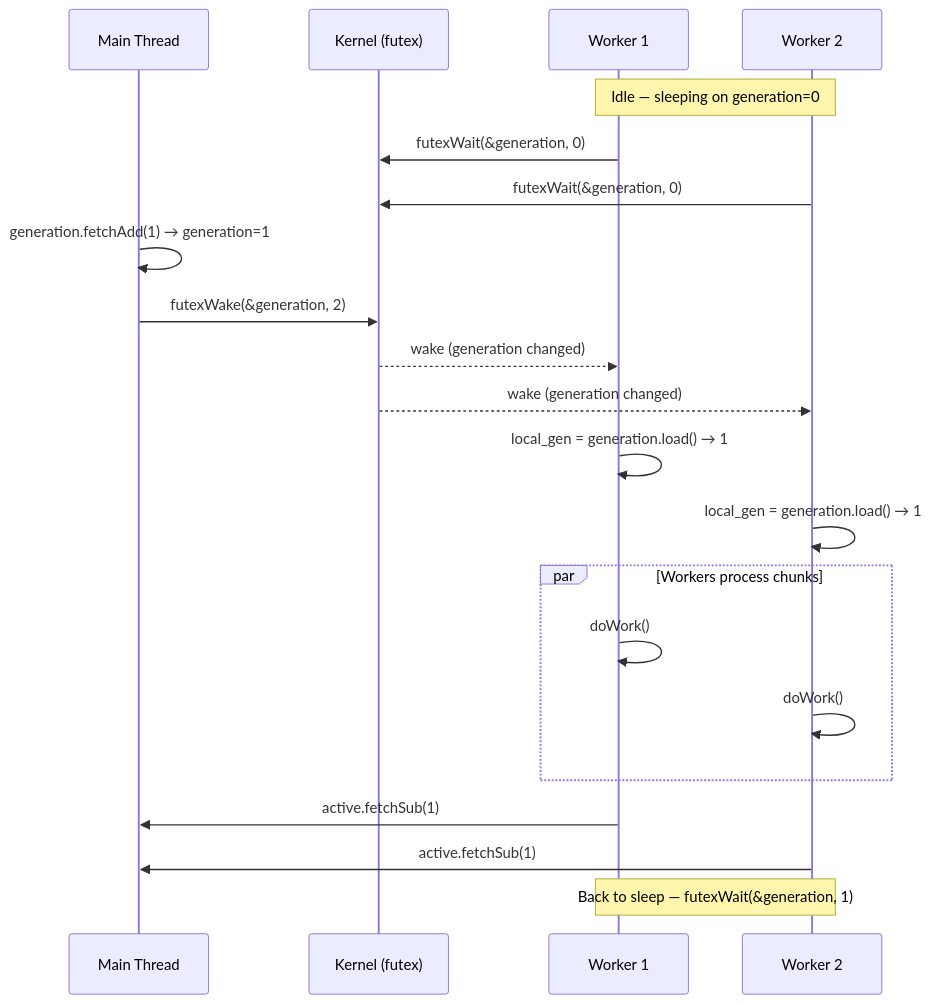
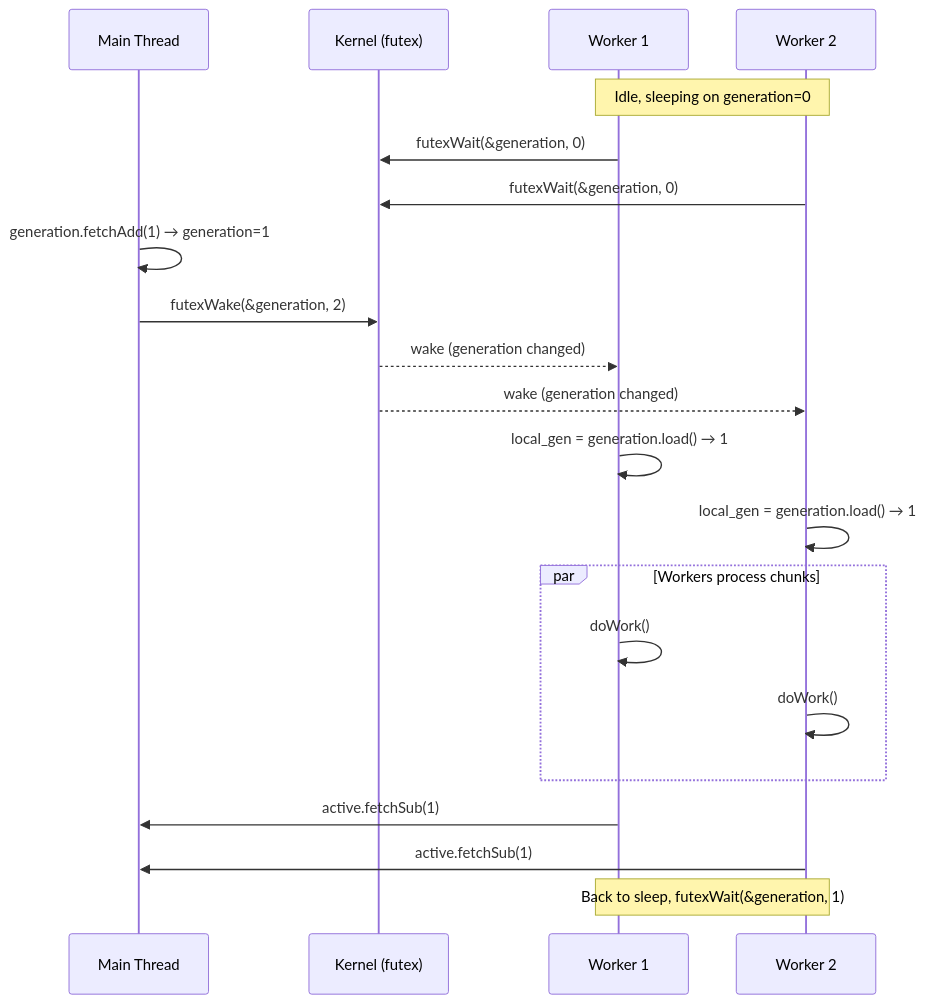
Before and after one commit to maci0/agave: the second of 8 diagrams in docs/tutorial/12-cpu-parallelism.md, drawn with Mermaid. The commit also changed other lines of this file and 196 other files, not shown here.

````diff
--- a/docs/tutorial/12-cpu-parallelism.md
+++ b/docs/tutorial/12-cpu-parallelism.md
@@ -67,28 +67,28 @@
 ```mermaid
 sequenceDiagram
     participant M as Main Thread
     participant K as Kernel (futex)
     participant W1 as Worker 1
     participant W2 as Worker 2
 
-    Note over W1,W2: Idle — sleeping on generation=0
+    Note over W1,W2: Idle, sleeping on generation=0
     W1->>K: futexWait(&generation, 0)
     W2->>K: futexWait(&generation, 0)
 
     M->>M: generation.fetchAdd(1) → generation=1
     M->>K: futexWake(&generation, 2)
     K-->>W1: wake (generation changed)
     K-->>W2: wake (generation changed)
 
     W1->>W1: local_gen = generation.load() → 1
     W2->>W2: local_gen = generation.load() → 1
 
     par Workers process chunks
         W1->>W1: doWork()
         W2->>W2: doWork()
     end
 
     W1->>M: active.fetchSub(1)
     W2->>M: active.fetchSub(1)
-    Note over W1,W2: Back to sleep — futexWait(&generation, 1)
+    Note over W1,W2: Back to sleep, futexWait(&generation, 1)
 ```
````
